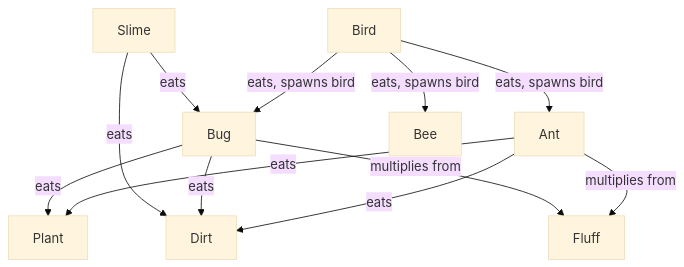
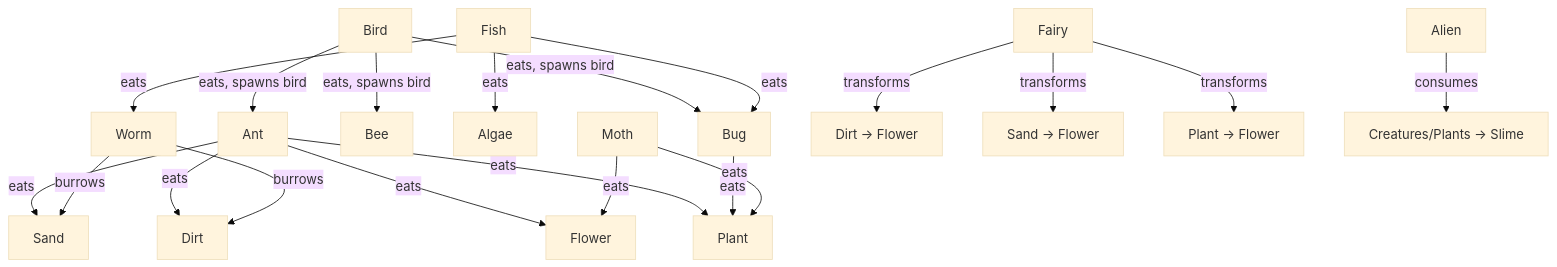
One commit to VoX/ai-sand-fork changed the second of 15 diagrams in README.md. Above: the diagram before and after it, drawn with Mermaid (base theme). The commit also changed other lines of this file and 29 other files, not shown here.

````diff
--- a/README.md
+++ b/README.md
@@ -222,14 +227,22 @@
 ```mermaid
 flowchart TD
     Bird[Bird] -->|eats, spawns bird| Ant
     Bird -->|eats, spawns bird| Bug
     Bird -->|eats, spawns bird| Bee
     Ant -->|eats| Dirt
     Ant -->|eats| Plant
-    Ant -->|multiplies from| Fluff
-    Bug -->|eats| Dirt
+    Ant -->|eats| Sand
+    Ant -->|eats| Flower
     Bug -->|eats| Plant
-    Bug -->|multiplies from| Fluff
-    Slime -->|eats| Dirt
-    Slime -->|eats| Bug
+    Fish -->|eats| Bug
+    Fish -->|eats| Algae
+    Fish -->|eats| Worm
+    Worm -->|burrows| Dirt
+    Worm -->|burrows| Sand
+    Moth -->|eats| Plant
+    Moth -->|eats| Flower
+    Fairy -->|transforms| Dirt2[Dirt → Flower]
+    Fairy -->|transforms| Sand2[Sand → Flower]
+    Fairy -->|transforms| Plant2[Plant → Flower]
+    Alien -->|consumes| Creatures[Creatures/Plants → Slime]
 ```
````
